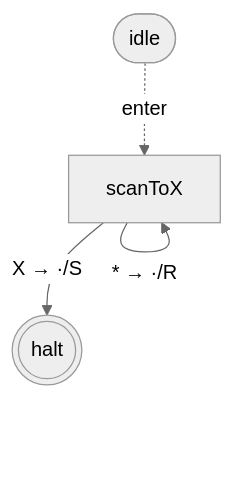
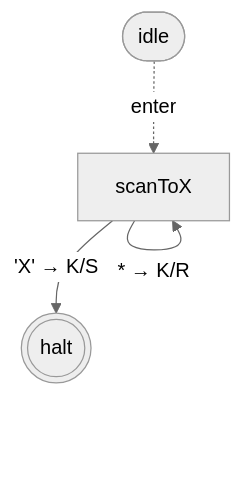
The seventh of 8 diagrams in packages/machine/README.md (mellonis/turing-machine-js), drawn with Mermaid (neutral theme) before and after one commit. The commit also changed other lines of this file and 7 other files, not shown here.

````diff
--- a/packages/machine/README.md
+++ b/packages/machine/README.md
@@ -434,10 +434,10 @@
 ```mermaid
 flowchart TD
 %% alphabets: [[" ","a","b","X"]]
   s0(((halt)))
   s1["scanToX"]
   idle([idle])
   idle -. enter .-> s1
-  s1 -- "X → ·/S" --> s0
-  s1 -- "* → ·/R" --> s1
+  s1 -- "'X' → K/S" --> s0
+  s1 -- "* → K/R" --> s1
 ```
````
